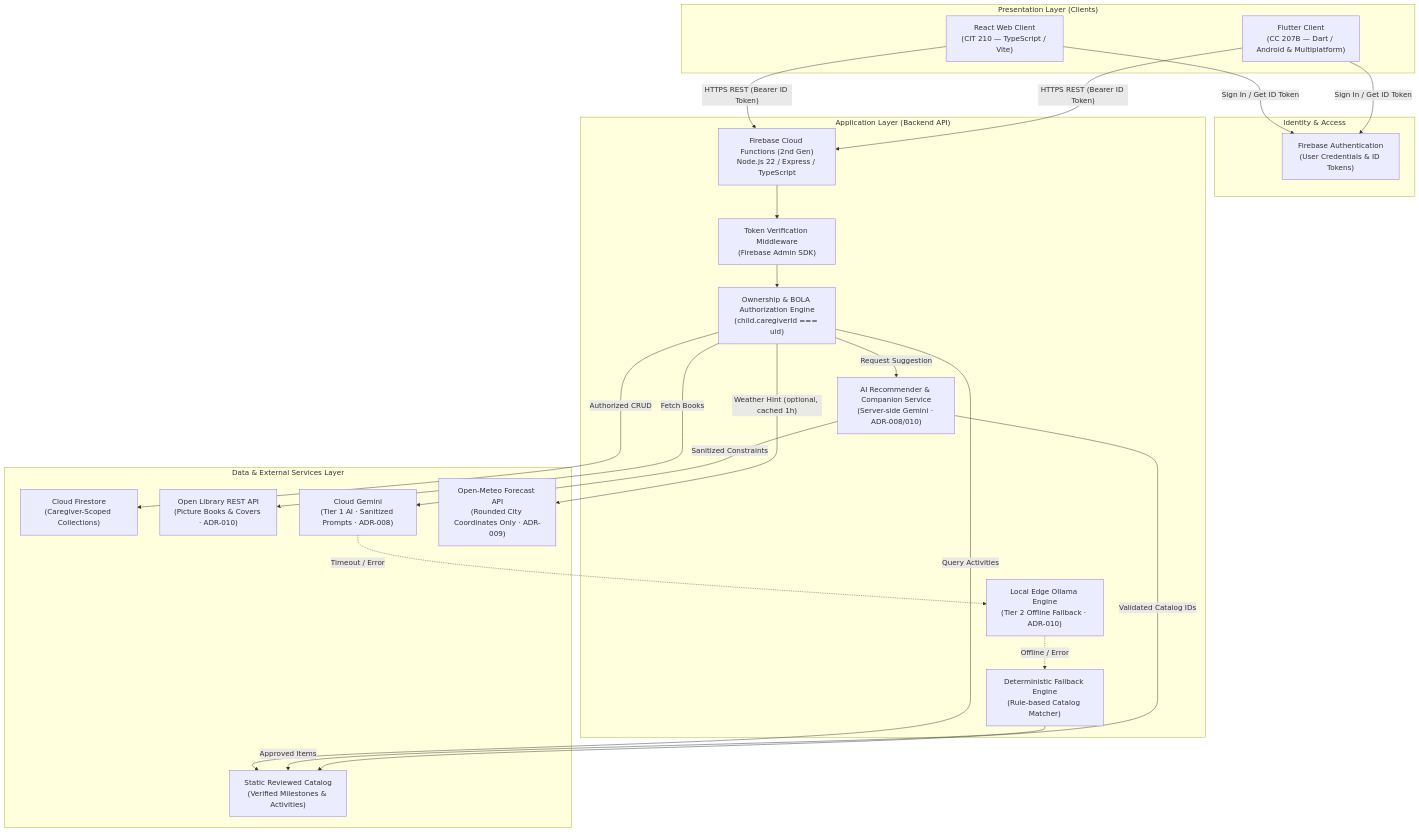
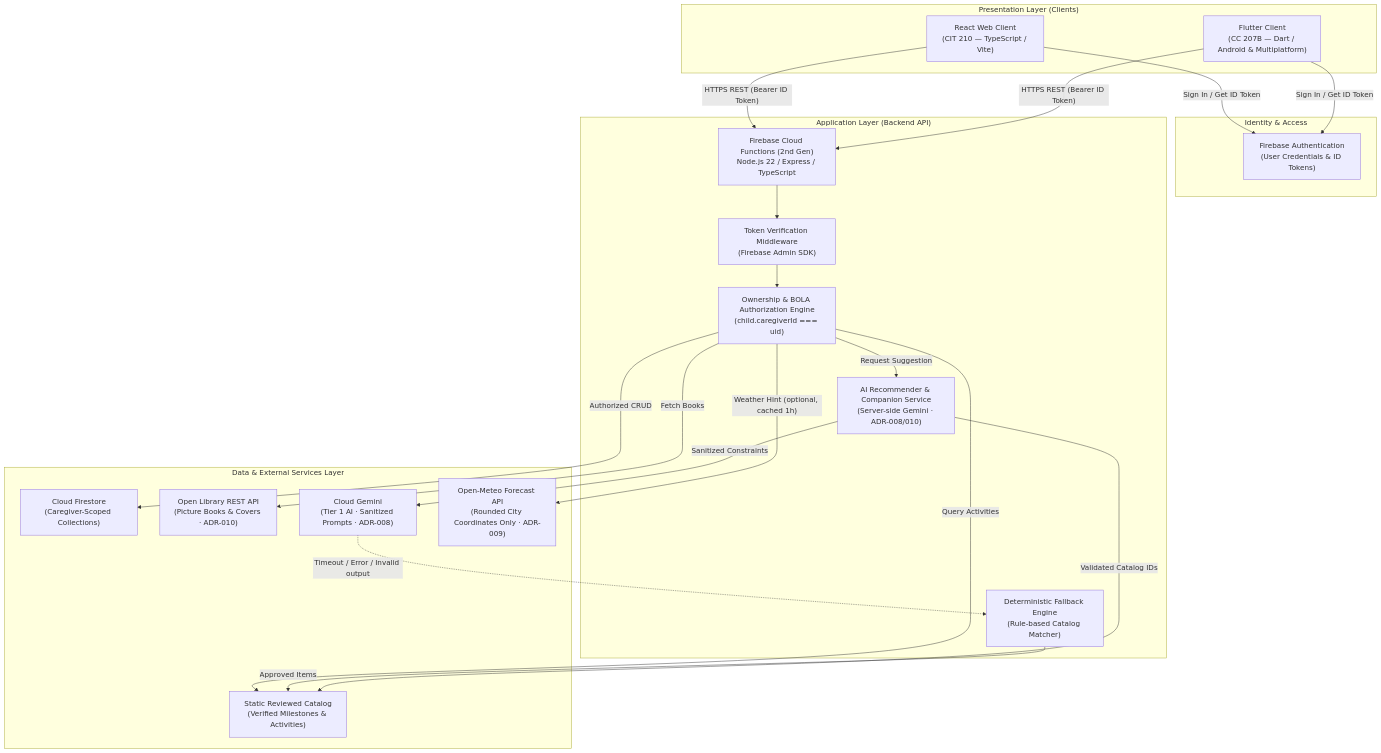
One commit to Thesis-Titans/littlesteps-docs changed the diagram in docs/architecture-decisions.md. Above: the diagram before and after it, drawn with Mermaid. The commit also changed other lines of this file and 6 other files, not shown here.

First line of the commit message:
docs: show the AI fallback as built, with Ollama as planned

````diff
--- a/docs/architecture-decisions.md
+++ b/docs/architecture-decisions.md
@@ -19,52 +19,50 @@
 ```mermaid
 graph TD
     subgraph Clients["Presentation Layer (Clients)"]
         WebClient["React Web Client<br/>(CIT 210 — TypeScript / Vite)"]
         MobileClient["Flutter Client<br/>(CC 207B — Dart / Android & Multiplatform)"]
     end
 
     subgraph Identity["Identity & Access"]
         FirebaseAuth["Firebase Authentication<br/>(User Credentials & ID Tokens)"]
     end
 
     subgraph Backend["Application Layer (Backend API)"]
         CloudFunctions["Firebase Cloud Functions (2nd Gen)<br/>Node.js 22 / Express / TypeScript"]
         AuthMiddleware["Token Verification Middleware<br/>(Firebase Admin SDK)"]
         BOLAAuth["Ownership & BOLA Authorization Engine<br/>(child.caregiverId === uid)"]
         AIService["AI Recommender & Companion Service<br/>(Server-side Gemini · ADR-008/010)"]
-        OllamaLocal["Local Edge Ollama Engine<br/>(Tier 2 Offline Fallback · ADR-010)"]
         FallbackService["Deterministic Fallback Engine<br/>(Rule-based Catalog Matcher)"]
     end
 
     subgraph Persistence["Data & External Services Layer"]
         Firestore["Cloud Firestore<br/>(Caregiver-Scoped Collections)"]
         ReviewedCatalog["Static Reviewed Catalog<br/>(Verified Milestones & Activities)"]
         OpenLibrary["Open Library REST API<br/>(Picture Books & Covers · ADR-010)"]
         ExternalAI["Cloud Gemini<br/>(Tier 1 AI · Sanitized Prompts · ADR-008)"]
         Weather["Open-Meteo Forecast API<br/>(Rounded City Coordinates Only · ADR-009)"]
     end
 
     %% Client auth flows
     WebClient -->|"Sign In / Get ID Token"| FirebaseAuth
     MobileClient -->|"Sign In / Get ID Token"| FirebaseAuth
 
     %% Client API calls
     WebClient -->|"HTTPS REST (Bearer ID Token)"| CloudFunctions
     MobileClient -->|"HTTPS REST (Bearer ID Token)"| CloudFunctions
 
     %% Backend processing
     CloudFunctions --> AuthMiddleware
     AuthMiddleware --> BOLAAuth
     BOLAAuth -->|"Authorized CRUD"| Firestore
     BOLAAuth -->|"Query Activities"| ReviewedCatalog
     BOLAAuth -->|"Fetch Books"| OpenLibrary
 
     %% AI Recommendation flow
     BOLAAuth -->|"Request Suggestion"| AIService
     AIService -->|"Sanitized Constraints"| ExternalAI
-    ExternalAI -.->|"Timeout / Error"| OllamaLocal
-    OllamaLocal -.->|"Offline / Error"| FallbackService
+    ExternalAI -.->|"Timeout / Error / Invalid output"| FallbackService
     FallbackService -->|"Approved Items"| ReviewedCatalog
     AIService -->|"Validated Catalog IDs"| ReviewedCatalog
     BOLAAuth -->|"Weather Hint (optional, cached 1h)"| Weather
 ```
````
